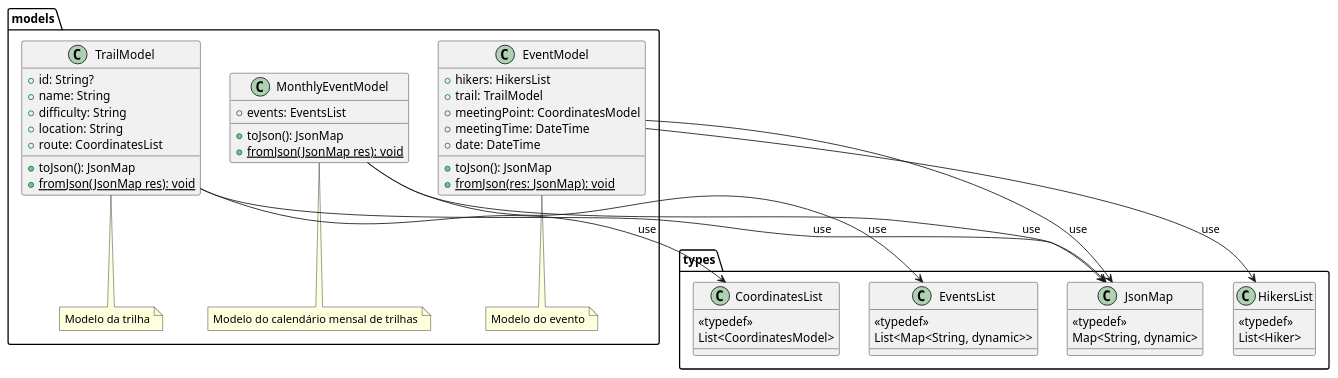
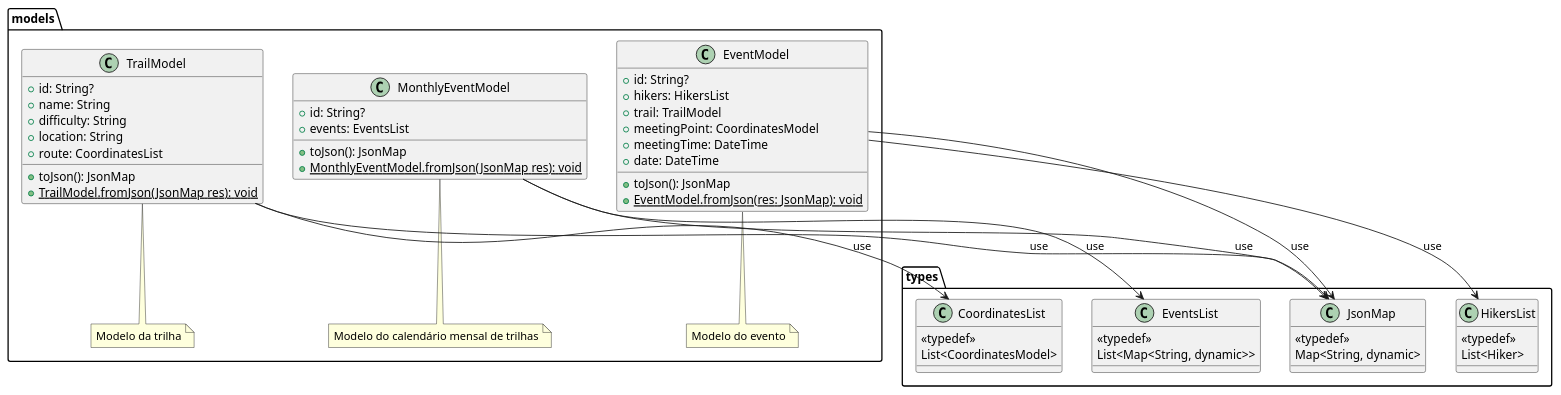
Before and after one commit to tiagors09/pe_na_pedra: the diagram in docs/diagrams/src/class_diagrams/pe_na_pedra_class_diagram_2.plantuml, drawn with PlantUML.

Commit message:
docs: :memo: refactored class diagram 2

```diff
--- a/docs/diagrams/src/class_diagrams/pe_na_pedra_class_diagram_2.plantuml
+++ b/docs/diagrams/src/class_diagrams/pe_na_pedra_class_diagram_2.plantuml
@@ -1,69 +1,71 @@
 @startuml pe_na_pedra_class_diagram_2
 package types {
   class JsonMap {
     <<typedef>>
     Map<String, dynamic>
   }
 
   class EventsList {
     <<typedef>>
     List<Map<String, dynamic>>
   }
 
   class CoordinatesList {
     <<typedef>>
     List<CoordinatesModel>
   }
 
   class HikersList {
     <<typedef>>
     List<Hiker>
   }
 }
 
 package models {
   note "Modelo da trilha" as N3
   note "Modelo do calendário mensal de trilhas" as N4
   note "Modelo do evento" as N5
 
   class TrailModel {
     + id: String?
     + name: String
     + difficulty: String
     + location: String
     + route: CoordinatesList
     + toJson(): JsonMap
-    + {static} fromJson(JsonMap res): void
+    + {static} TrailModel.fromJson(JsonMap res): void
   }
 
   class MonthlyEventModel {
+    + id: String?
     + events: EventsList
     + toJson(): JsonMap
-    + {static} fromJson(JsonMap res): void
+    + {static} MonthlyEventModel.fromJson(JsonMap res): void
   }
 
   class EventModel {
+    + id: String?
     + hikers: HikersList
     + trail: TrailModel
     + meetingPoint: CoordinatesModel
     + meetingTime: DateTime
     + date: DateTime
     + toJson(): JsonMap
-    + {static} fromJson(res: JsonMap): void
+    + {static} EventModel.fromJson(res: JsonMap): void
   }
 
   TrailModel .. N3
   MonthlyEventModel .. N4
   EventModel .. N5
 
   EventModel --> JsonMap : use
   MonthlyEventModel --> JsonMap : use
   TrailModel --> JsonMap : use
 
   MonthlyEventModel --> EventsList : use
 
   TrailModel --> CoordinatesList : use
 
   EventModel --> HikersList : use
 }
 @enduml
```
